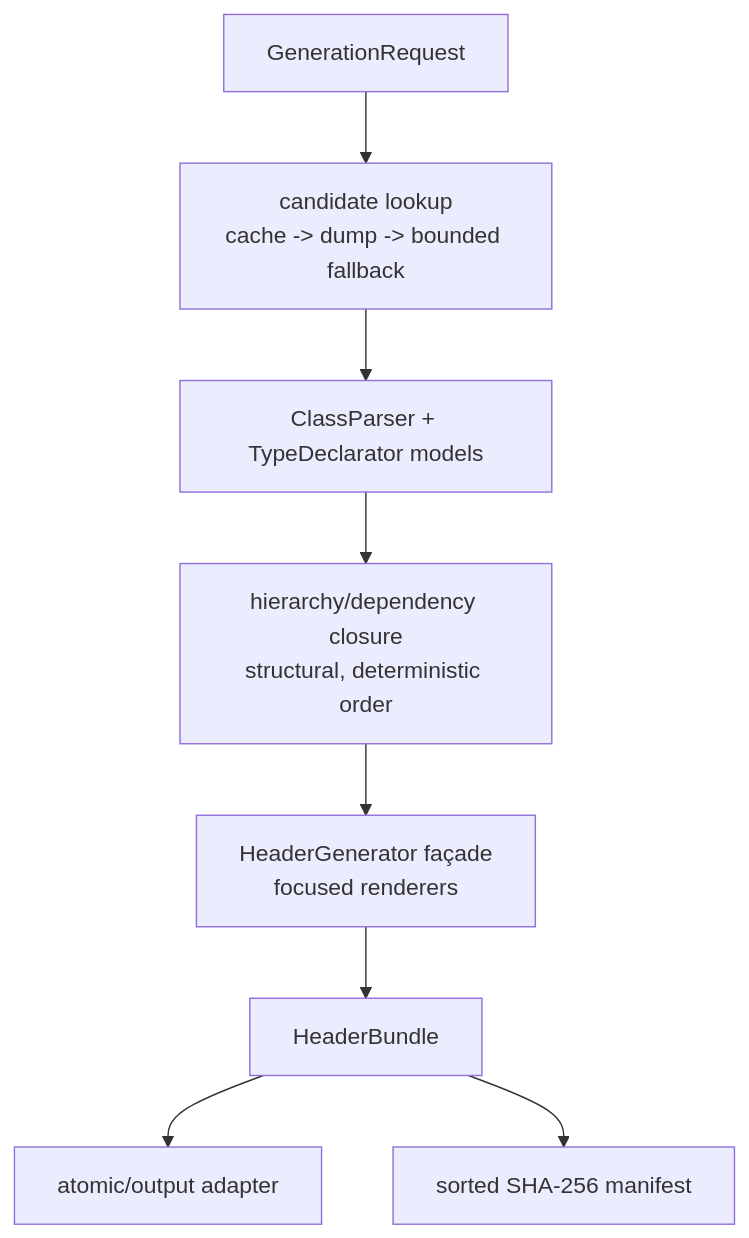
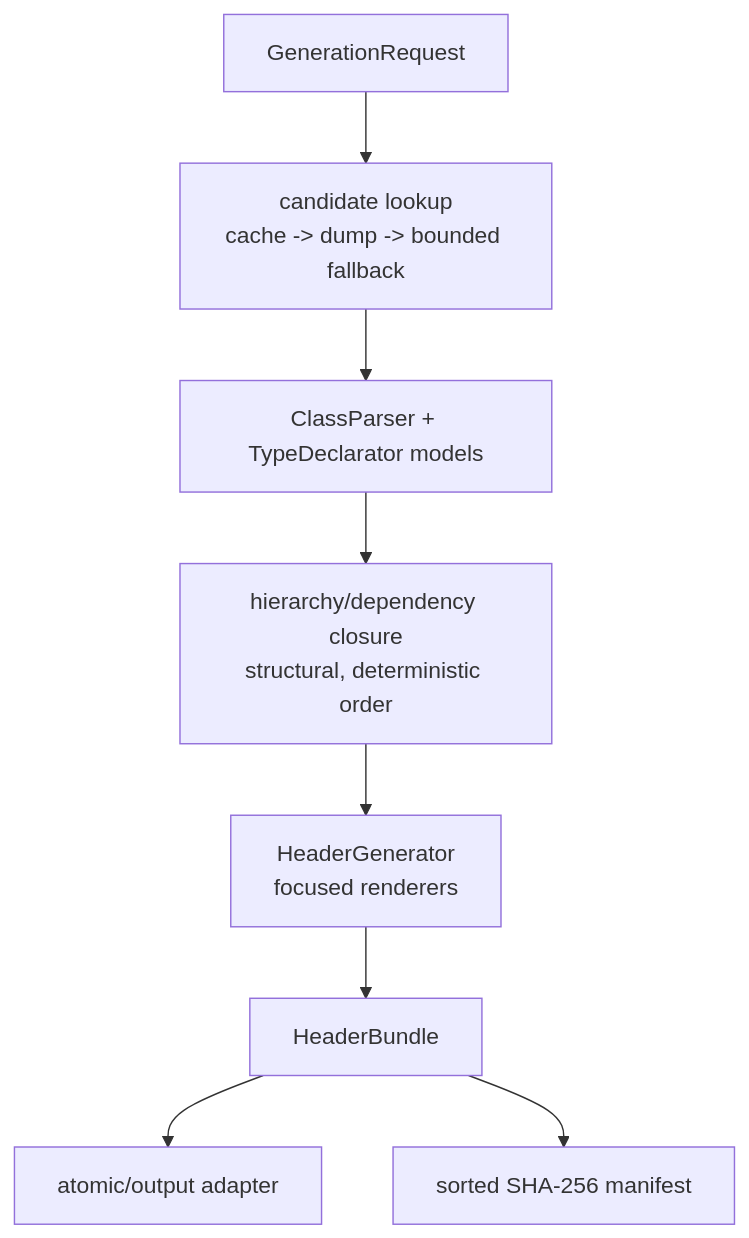
The fourth of 4 diagrams in docs/GENERATION_FLOWS.md (ddon-research/ddon-dwarf-reconstructor), drawn with Mermaid before and after one commit. The commit also changed other lines of this file and 169 other files, not shown here.

````diff
--- a/docs/GENERATION_FLOWS.md
+++ b/docs/GENERATION_FLOWS.md
@@ -240,10 +241,10 @@
 ```mermaid
 flowchart TD
     Request["GenerationRequest"] --> Lookup["candidate lookup\ncache -> dump -> bounded fallback"]
     Lookup --> Parse["ClassParser + TypeDeclarator models"]
     Parse --> Closure["hierarchy/dependency closure\nstructural, deterministic order"]
-    Closure --> Render["HeaderGenerator façade\nfocused renderers"]
+    Closure --> Render["HeaderGenerator\nfocused renderers"]
     Render --> Bundle["HeaderBundle"]
     Bundle --> Output["atomic/output adapter"]
     Bundle --> Manifest["sorted SHA-256 manifest"]
 ```
````
